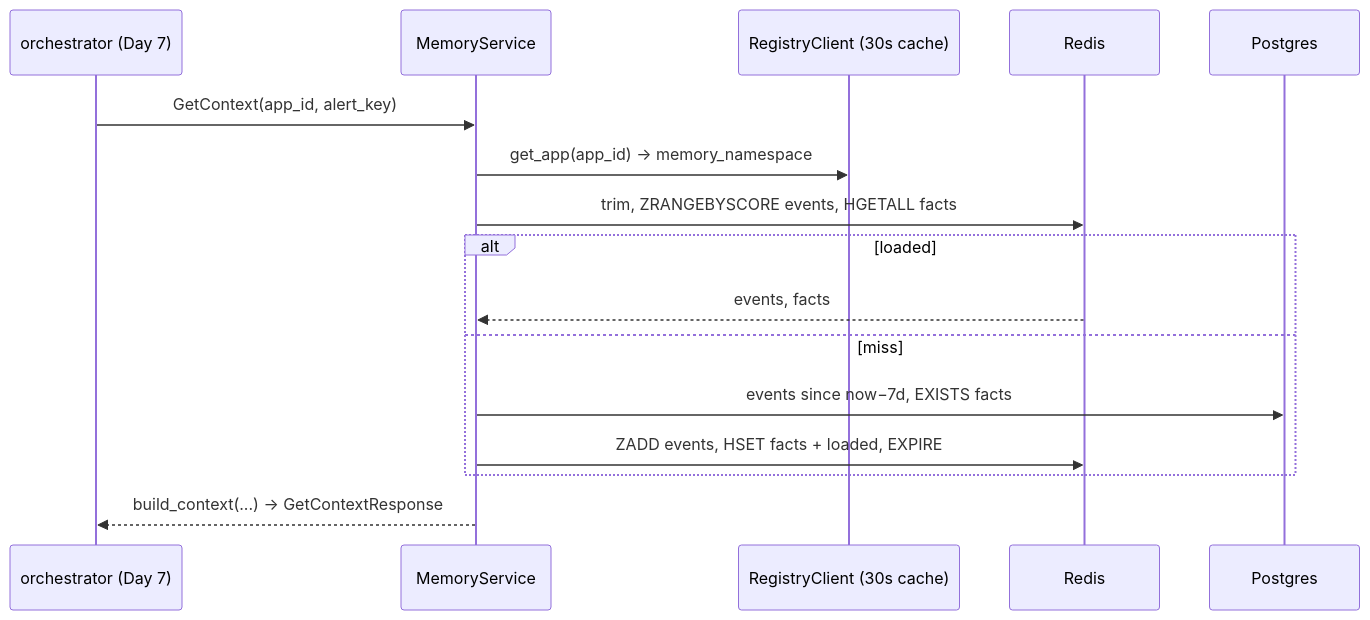
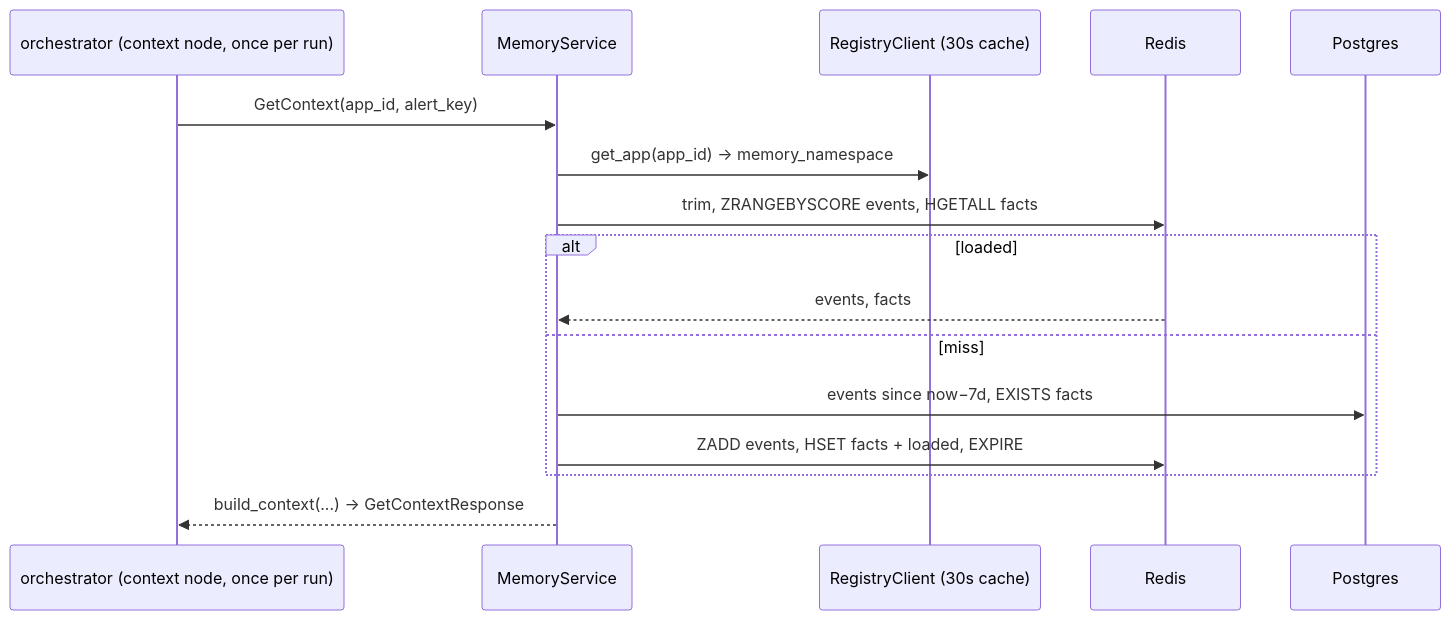
Before and after one commit to SrikanthArgp/agentic-platform: the third of 4 diagrams in backend/services/memory-store/CLASS_DIAGRAM.md, drawn with Mermaid. The commit also changed other lines of this file and 5 other files, not shown here.

````diff
--- a/backend/services/memory-store/CLASS_DIAGRAM.md
+++ b/backend/services/memory-store/CLASS_DIAGRAM.md
@@ -312,18 +312,18 @@
 ```mermaid
 sequenceDiagram
-    participant O as orchestrator (Day 7)
+    participant O as orchestrator (context node, once per run)
     participant S as MemoryService
     participant Reg as RegistryClient (30s cache)
     participant R as Redis
     participant P as Postgres
     O->>S: GetContext(app_id, alert_key)
     S->>Reg: get_app(app_id) → memory_namespace
     S->>R: trim, ZRANGEBYSCORE events, HGETALL facts
     alt loaded
         R-->>S: events, facts
     else miss
         S->>P: events since now−7d, EXISTS facts
         S->>R: ZADD events, HSET facts + loaded, EXPIRE
     end
     S-->>O: build_context(...) → GetContextResponse
 ```
````
